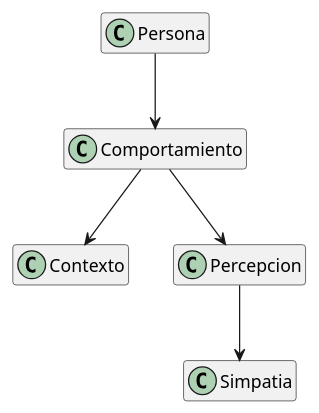
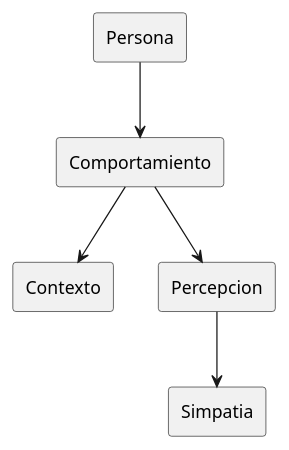
Before and after one commit to leslieromeroa/26-27-idsw1: the diagram in entregas/romeroLeslie/Documentos/Simpatia.puml, drawn with PlantUML.

Commit message:
simpatia puml

```diff
--- a/entregas/romeroLeslie/Documentos/Simpatia.puml
+++ b/entregas/romeroLeslie/Documentos/Simpatia.puml
@@ -1,15 +1,14 @@
 @startuml
-hide empty members
 
-class Persona
-class Comportamiento
-class Contexto
-class Percepcion
-class Simpatia
+rectangle Persona
+rectangle Comportamiento
+rectangle Contexto
+rectangle Percepcion
+rectangle Simpatia
 
-Persona --> Comportamiento 
+Persona --> Comportamiento
 Comportamiento --> Contexto
 Comportamiento --> Percepcion
-Percepcion --> Simpatia 
+Percepcion --> Simpatia
 
 @enduml
```
